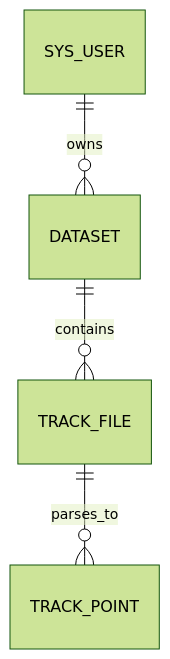
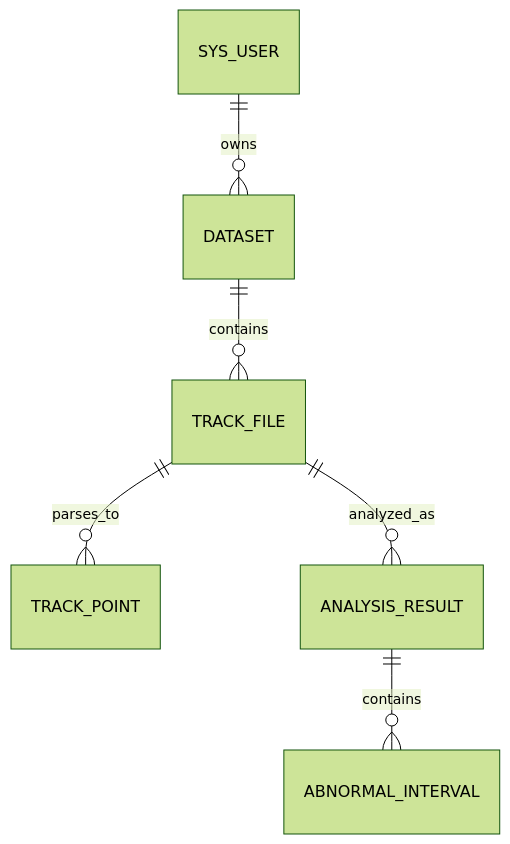
One commit to comi-master/track-evaluation-platform changed the diagram in docs/database.md. Above: the diagram before and after it, drawn with Mermaid (forest theme). The commit also changed other lines of this file and 36 other files, not shown here.

Commit message:
feat: implement track analysis workflow

````diff
--- a/docs/database.md
+++ b/docs/database.md
@@ -15,6 +17,8 @@
 ```mermaid
 erDiagram
     SYS_USER ||--o{ DATASET : owns
     DATASET ||--o{ TRACK_FILE : contains
     TRACK_FILE ||--o{ TRACK_POINT : parses_to
+    TRACK_FILE ||--o{ ANALYSIS_RESULT : analyzed_as
+    ANALYSIS_RESULT ||--o{ ABNORMAL_INTERVAL : contains
 ```
````
